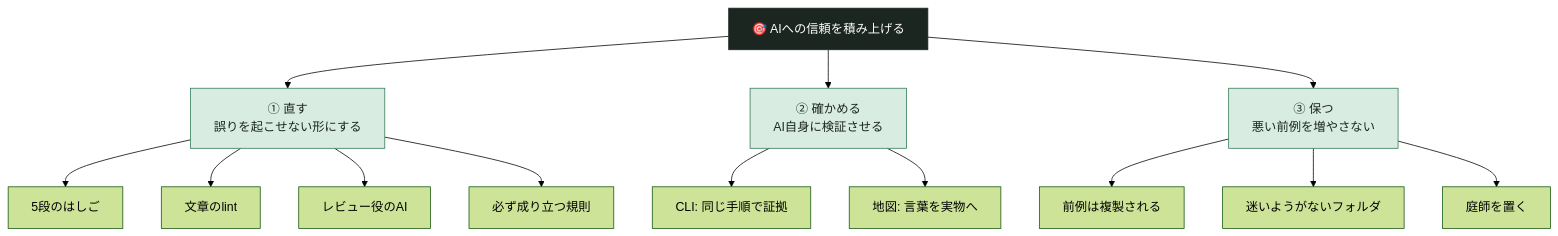
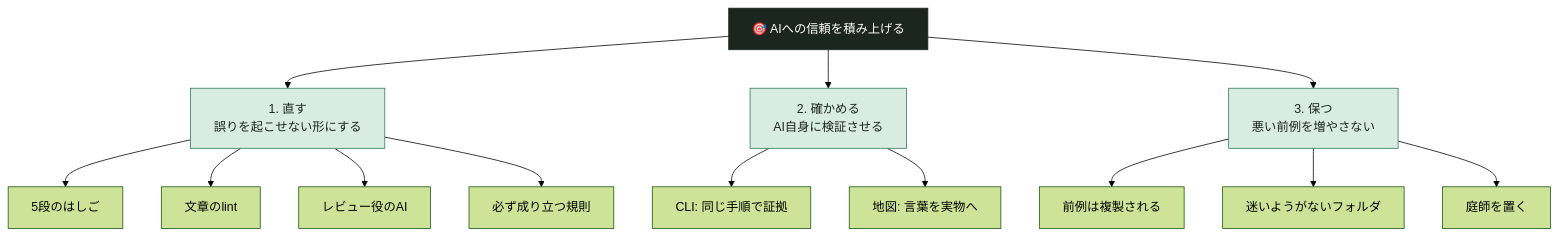
One commit to souljazzfunk/zenn-content changed the third of 14 diagrams in articles/20260923-ai-kitchen-trust-ladder.md. Above: the diagram before and after it, drawn with Mermaid (forest theme). The commit also changed other lines of this file and 7 other files, not shown here.

````diff
--- a/articles/20260923-ai-kitchen-trust-ladder.md
+++ b/articles/20260923-ai-kitchen-trust-ladder.md
@@ -71,20 +71,20 @@
 ```mermaid
 flowchart TD
     Top["🎯 AIへの信頼を積み上げる"]
-    Top --> P1["① 直す<br/>誤りを起こせない形にする"]
-    Top --> P2["② 確かめる<br/>AI自身に検証させる"]
-    Top --> P3["③ 保つ<br/>悪い前例を増やさない"]
+    Top --> P1["1. 直す<br/>誤りを起こせない形にする"]
+    Top --> P2["2. 確かめる<br/>AI自身に検証させる"]
+    Top --> P3["3. 保つ<br/>悪い前例を増やさない"]
     P1 --> P1a["5段のはしご"]
     P1 --> P1b["文章のlint"]
     P1 --> P1c["レビュー役のAI"]
     P1 --> P1d["必ず成り立つ規則"]
     P2 --> P2a["CLI: 同じ手順で証拠"]
     P2 --> P2b["地図: 言葉を実物へ"]
     P3 --> P3a["前例は複製される"]
     P3 --> P3b["迷いようがないフォルダ"]
     P3 --> P3c["庭師を置く"]
     classDef top fill:#1c2621,stroke:#1c2621,color:#ffffff
     classDef pillar fill:#d9ece2,stroke:#2e7a55,color:#1c2621
     class Top top
     class P1,P2,P3 pillar
 ```
````
